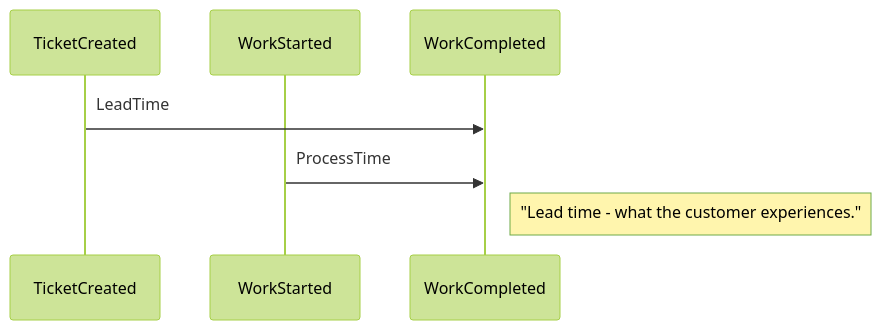
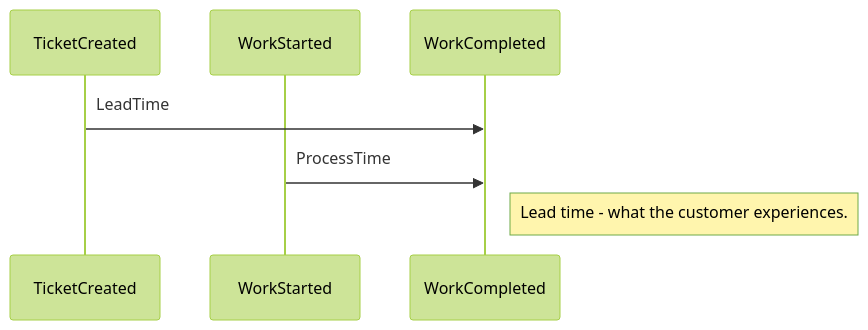
Before and after one commit to wayofthepie/notes: the second of 2 diagrams in books/the_devops_handbook.md, drawn with Mermaid (forest theme).

Commit message:
update lead time note

````diff
--- a/books/the_devops_handbook.md
+++ b/books/the_devops_handbook.md
@@ -20,10 +20,10 @@
 ```mermaid
 %%{init: { 'sequence': {'messageAlign': 'left'} }}%%
 sequenceDiagram
     participant TicketCreated
     participant WorkStarted
     participant WorkCompleted
     TicketCreated->>WorkCompleted: LeadTime
     WorkStarted->>WorkCompleted: ProcessTime
-    Note right of WorkCompleted: "Lead time - what the customer experiences."
+    Note right of WorkCompleted: Lead time - what the customer experiences.
 ```
````
